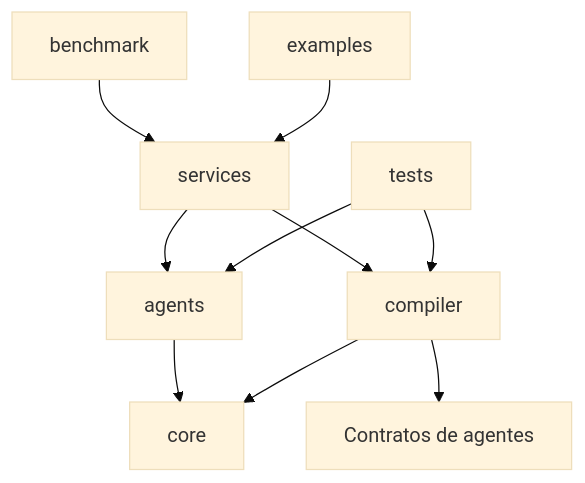
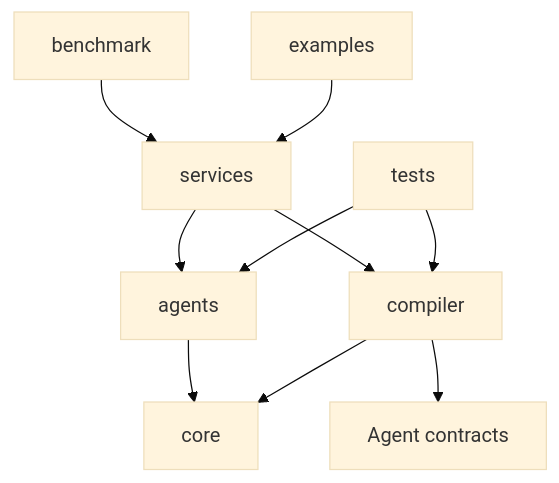
The ninth of 10 diagrams in README.md (joaomadruga/AgentCompiler), drawn with Mermaid (base theme) before and after one commit. The commit also changed other lines of this file and 4 other files, not shown here.

````diff
--- a/README.md
+++ b/README.md
@@ -245,12 +246,12 @@
 ```mermaid
 flowchart TD
     S[services] --> A[agents]
     S --> C[compiler]
     A --> CORE[core]
-    C --> CONTRACTS[Contratos de agentes]
+    C --> CONTRACTS[Agent contracts]
     C --> CORE
     B[benchmark] --> S
     EX[examples] --> S
     TEST[tests] --> A
     TEST --> C
 ```
````
